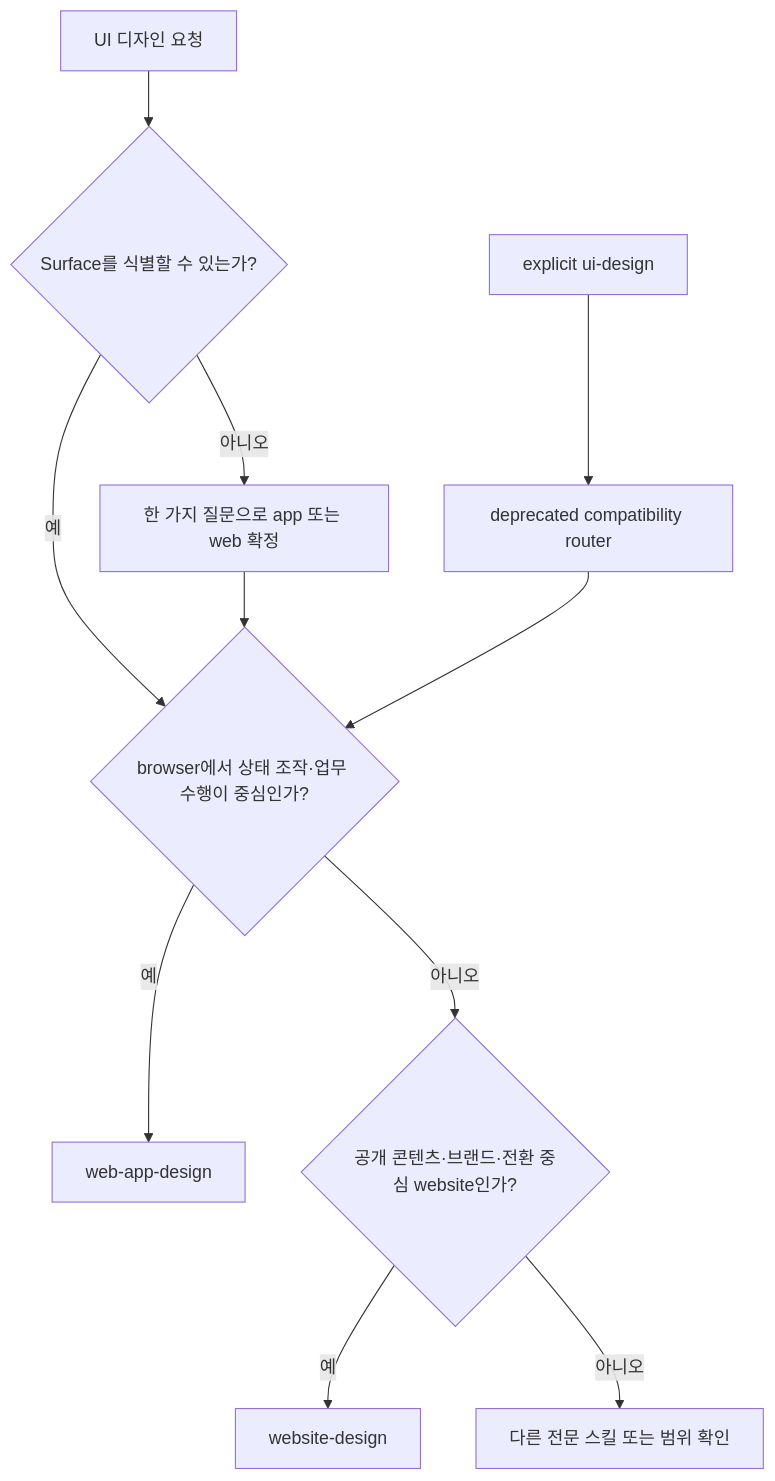
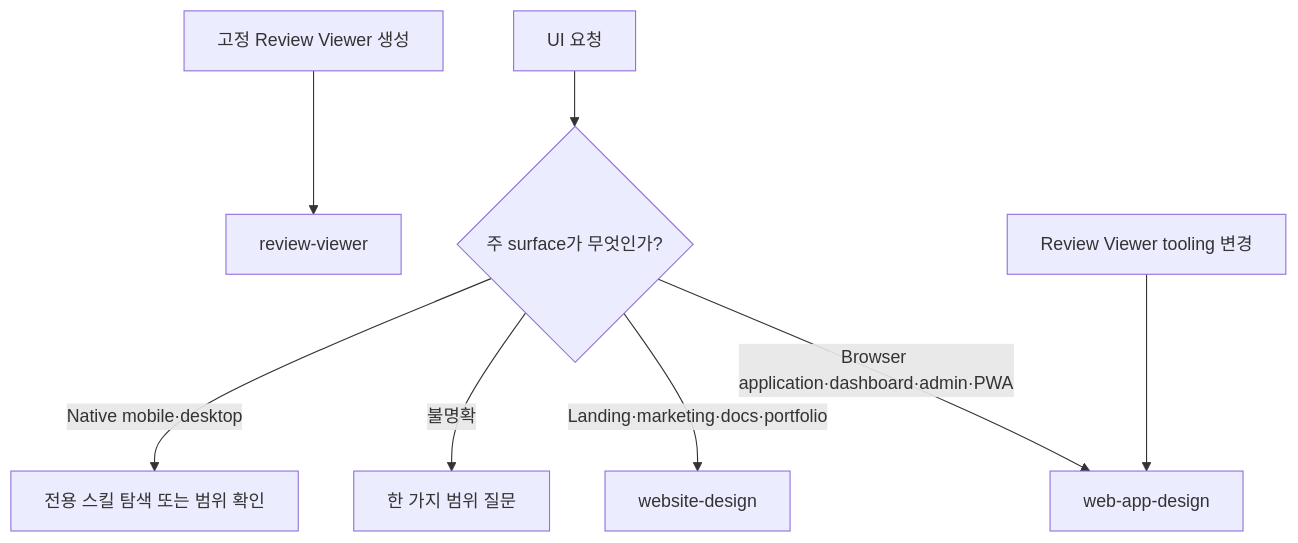
Before and after one commit to hope1026/aiagent-plugins: the diagram in docs/specs/forge-ui-design-skill-separation/forge-ui-design-skill-separation.md, drawn with Mermaid. The commit also changed other lines of this file and 66 other files, not shown here.

````diff
--- a/docs/specs/forge-ui-design-skill-separation/forge-ui-design-skill-separation.md
+++ b/docs/specs/forge-ui-design-skill-separation/forge-ui-design-skill-separation.md
@@ -30,13 +24,10 @@
 ```mermaid
 flowchart TD
-    A[UI 디자인 요청] --> B{Surface를 식별할 수 있는가?}
-    B -- 아니오 --> C[한 가지 질문으로 app 또는 web 확정]
-    B -- 예 --> D{browser에서 상태 조작·업무 수행이 중심인가?}
-    C --> D
-    D -- 예 --> E[web-app-design]
-    D -- 아니오 --> F{공개 콘텐츠·브랜드·전환 중심 website인가?}
-    F -- 예 --> G[website-design]
-    F -- 아니오 --> H[다른 전문 스킬 또는 범위 확인]
-    I[explicit ui-design] --> J[deprecated compatibility router]
-    J --> D
+    A["UI 요청"] --> B{"주 surface가 무엇인가?"}
+    B -->|"Browser application·dashboard·admin·PWA"| C["web-app-design"]
+    B -->|"Landing·marketing·docs·portfolio"| D["website-design"]
+    B -->|"불명확"| E["한 가지 범위 질문"]
+    B -->|"Native mobile·desktop"| F["전용 스킬 탐색 또는 범위 확인"]
+    G["고정 Review Viewer 생성"] --> H["review-viewer"]
+    I["Review Viewer tooling 변경"] --> C
 ```
````
